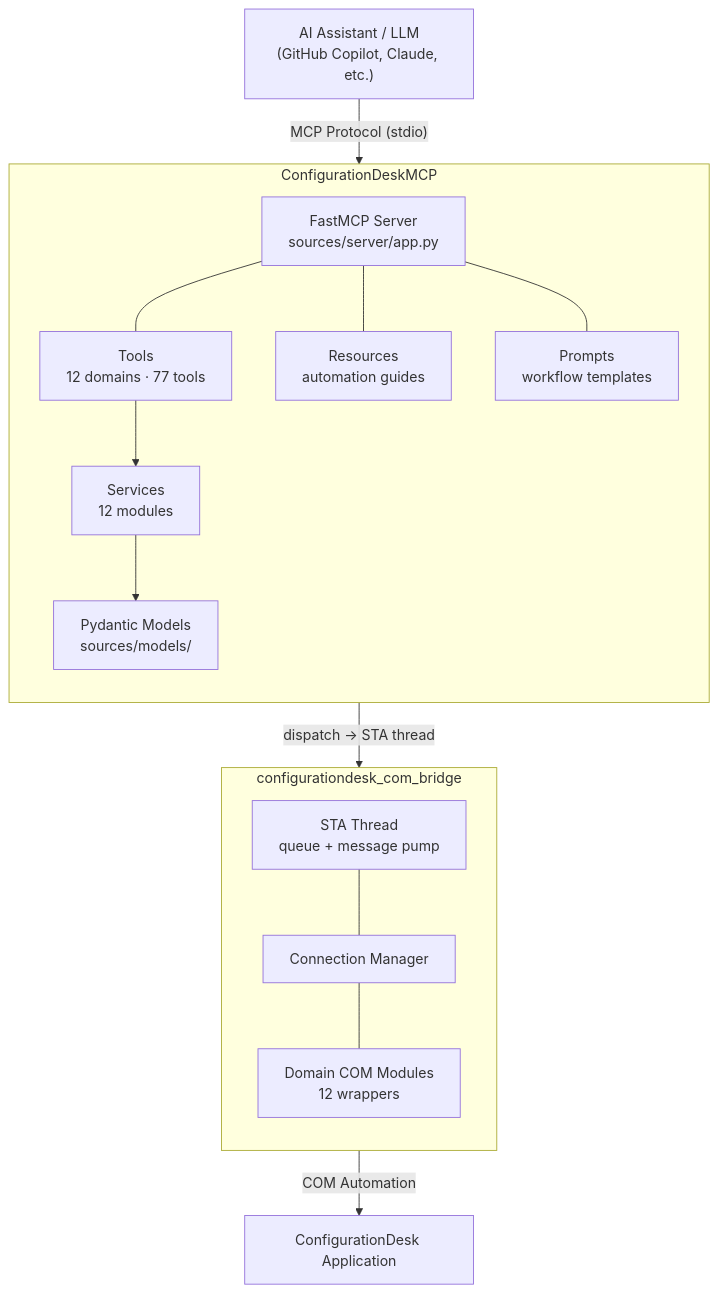
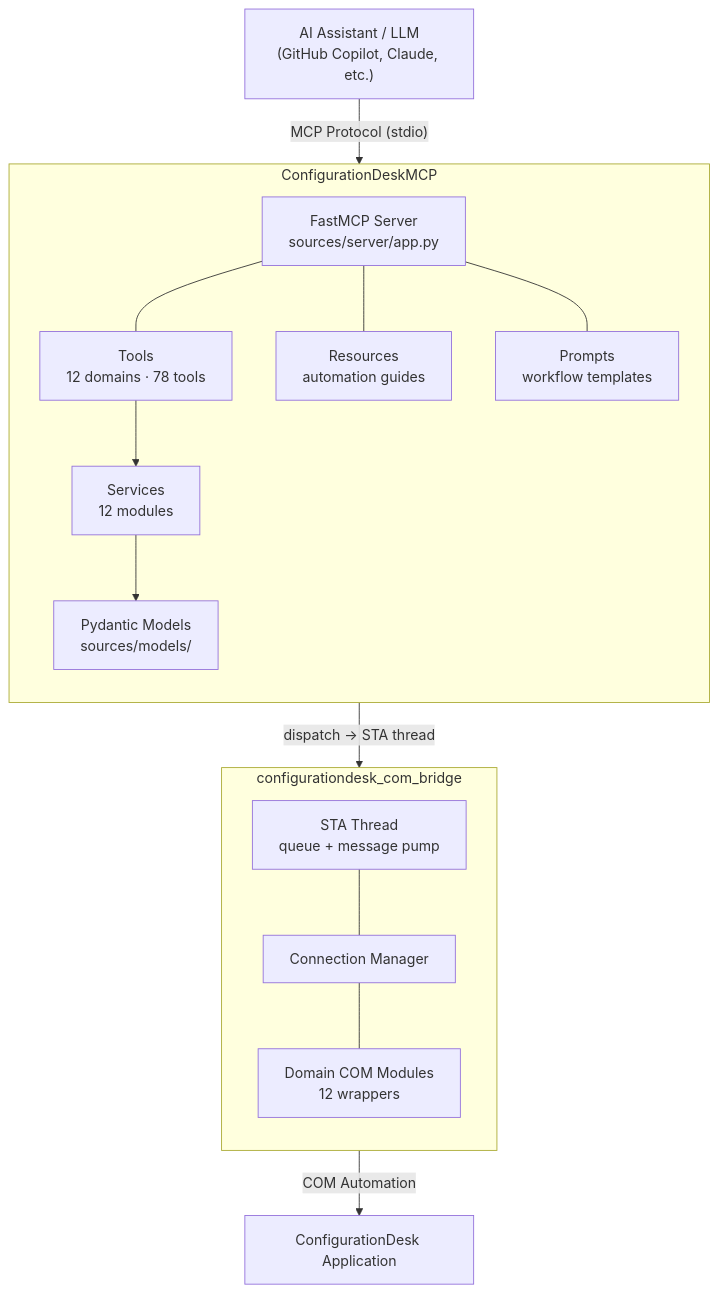
The diagram in README.md (dspace-group/ConfigurationDeskBusManagerMCP), drawn with Mermaid before and after one commit. The commit also changed other lines of this file and 33 other files, not shown here.

````diff
--- a/README.md
+++ b/README.md
@@ -149,29 +149,29 @@
 ```mermaid
 flowchart TB
     LLM["AI Assistant / LLM\n(GitHub Copilot, Claude, etc.)"]
     LLM -->|"MCP Protocol (stdio)"| MCP
 
     subgraph MCP["ConfigurationDeskMCP"]
         direction TB
         Server["FastMCP Server\nsources/server/app.py"]
-        Tools["Tools\n12 domains · 77 tools"]
+        Tools["Tools\n12 domains · 78 tools"]
         Resources["Resources\nautomation guides"]
         Prompts["Prompts\nworkflow templates"]
         Services["Services\n12 modules"]
         Models["Pydantic Models\nsources/models/"]
         Server --- Tools & Resources & Prompts
         Tools --> Services
         Services --> Models
     end
 
     subgraph Bridge["configurationdesk_com_bridge"]
         direction TB
         STA["STA Thread\nqueue + message pump"]
         Conn["Connection Manager"]
         Domains["Domain COM Modules\n12 wrappers"]
         STA --- Conn --- Domains
     end
 
     Services -->|"dispatch → STA thread"| Bridge
     Bridge -->|"COM Automation"| CD["ConfigurationDesk Application"]
 ```
````
